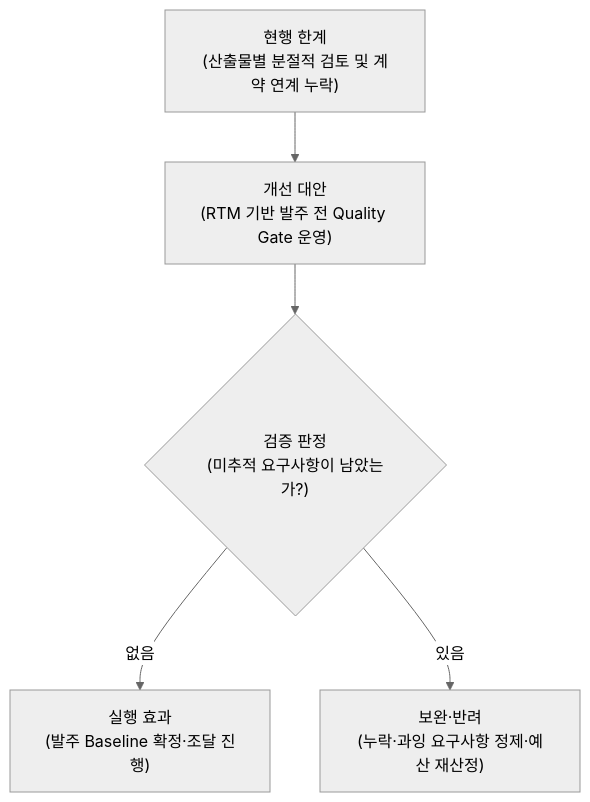
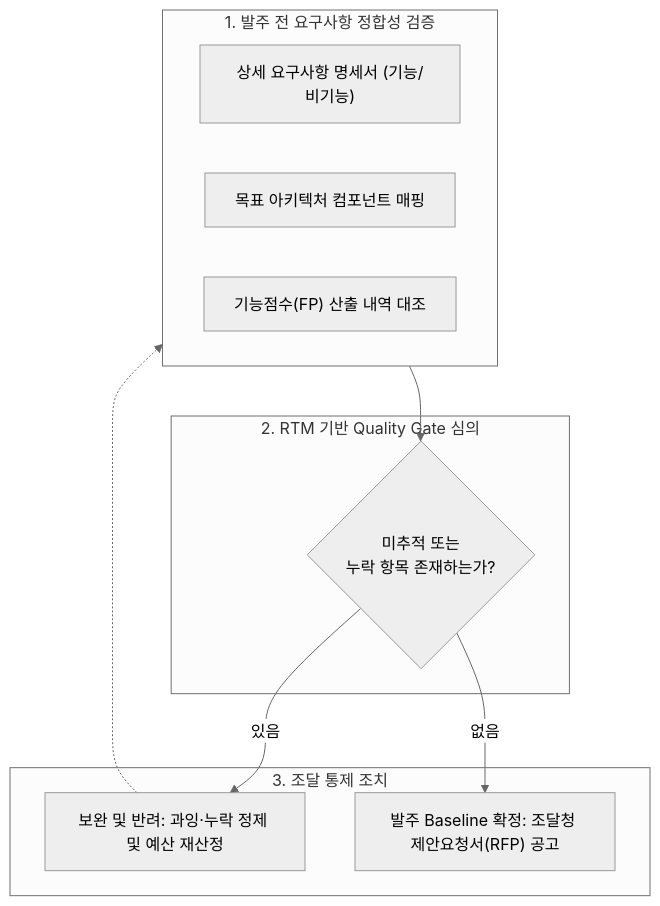
The second of 3 diagrams in src/content/docs/notes/itpe/01-it-strategy/001_ismp.md (agnusdei1207/study), drawn with Mermaid (neutral theme) before and after one commit. The commit also changed other lines of this file and 80 other files, not shown here.

````diff
--- a/src/content/docs/notes/itpe/01-it-strategy/001_ismp.md
+++ b/src/content/docs/notes/itpe/01-it-strategy/001_ismp.md
@@ -104,7 +96,20 @@
 ```mermaid
 flowchart TD
-    A["현행 한계<br/>(산출물별 분절적 검토 및 계약 연계 누락)"] --> B["개선 대안<br/>(RTM 기반 발주 전 Quality Gate 운영)"]
-    B --> C{"검증 판정<br/>(미추적 요구사항이 남았는가?)"}
-    C -->|없음| D["실행 효과<br/>(발주 Baseline 확정·조달 진행)"]
-    C -->|있음| E["보완·반려<br/>(누락·과잉 요구사항 정제·예산 재산정)"]
+    subgraph Review["1. 발주 전 요구사항 정합성 검증"]
+        R1["상세 요구사항 명세서 (기능/비기능)"]
+        R2["목표 아키텍처 컴포넌트 매핑"]
+        R3["기능점수(FP) 산출 내역 대조"]
+    end
+    subgraph Gate["2. RTM 기반 Quality Gate 심의"]
+        G1{"미추적 또는<br/>누락 항목 존재하는가?"}
+    end
+    subgraph Action["3. 조달 통제 조치"]
+        A1["보완 및 반려: 과잉·누락 정제 및 예산 재산정"]
+        A2["발주 Baseline 확정: 조달청 제안요청서(RFP) 공고"]
+    end
+
+    Review --> G1
+    G1 -->|있음| A1
+    A1 -.-> Review
+    G1 -->|없음| A2
 ```
````
